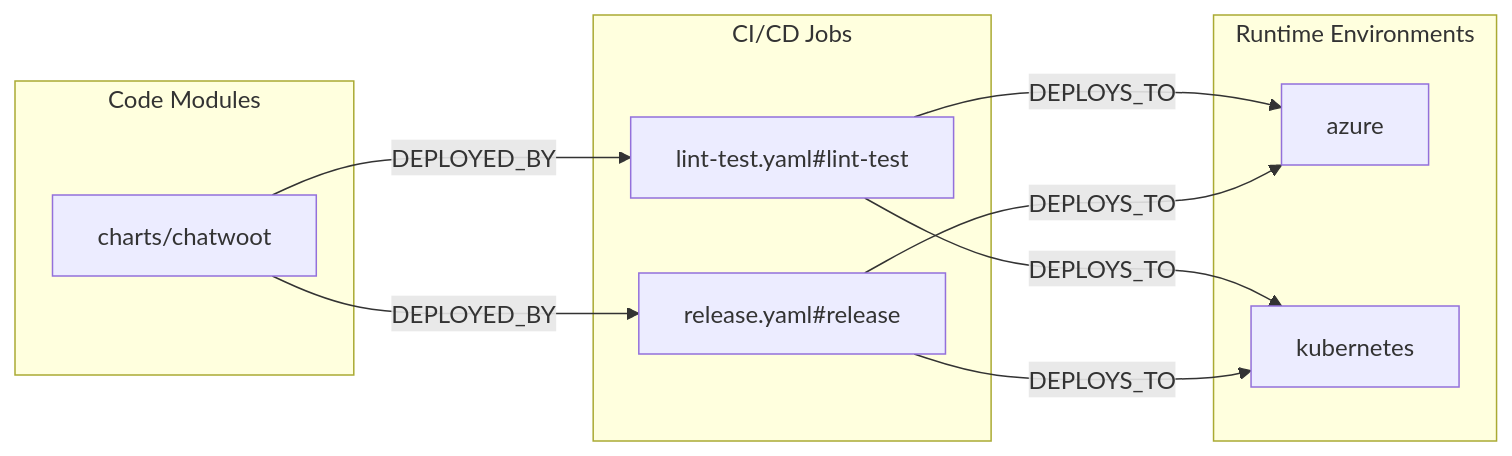
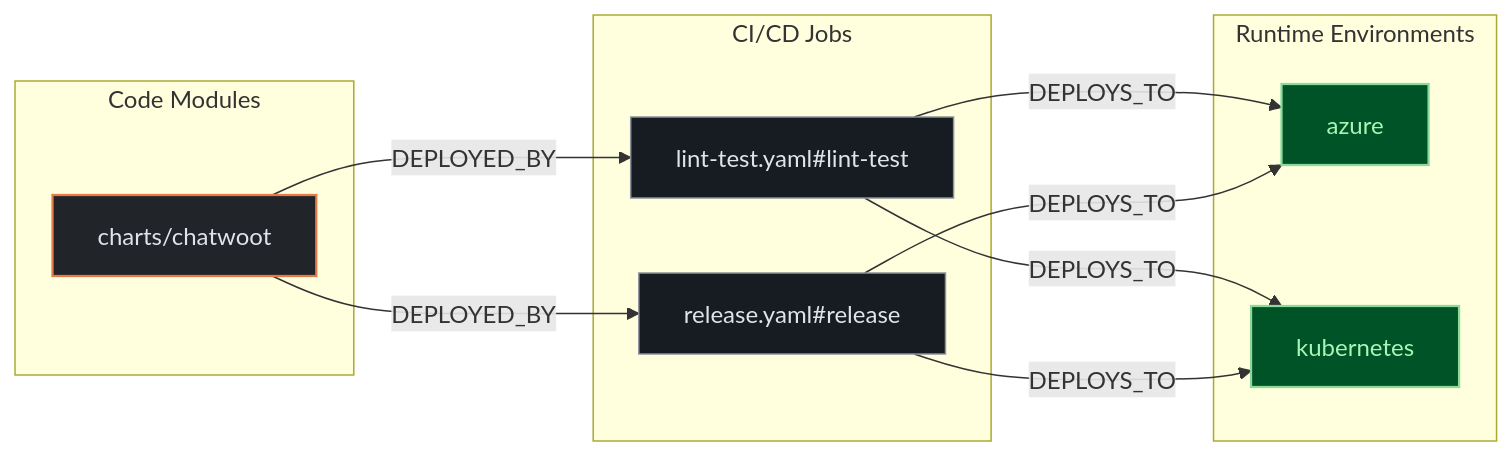
The second of 3 diagrams in exports/latest/reports/chatwoot-charts-report.md (kumarshaz/atruss-code-atlas), drawn with Mermaid before and after one commit. The commit also changed other lines of this file and 331 other files, not shown here.

Commit message:
docs,ui,fix: update SDLC docs, reorder CI/CD DAG first, stylize Mermaid, and fix Arc42 pipeline topology

````diff
--- a/exports/latest/reports/chatwoot-charts-report.md
+++ b/exports/latest/reports/chatwoot-charts-report.md
@@ -99,20 +106,24 @@
 ```mermaid
 flowchart LR
+    classDef atlasCategory fill:#212428,stroke:#E87A48,stroke-width:1.5px,color:#dfe3eb
+    classDef atlasWorkflow fill:#1b2026,stroke:#a3c9ff,stroke-width:1.5px,color:#dfe3eb
+    classDef atlasJob fill:#171c22,stroke:#8d9199,stroke-width:1px,color:#dfe3eb
+    classDef atlasTarget fill:#005227,stroke:#8bd99b,stroke-width:1.5px,color:#a7f6b6
     subgraph code_modules["Code Modules"]
-        mod_charts_chatwoot["charts/chatwoot"]
+        mod_charts_chatwoot["charts/chatwoot"]:::atlasCategory
     end
     subgraph ci_jobs["CI/CD Jobs"]
-        job_lint_test_yaml_lint_test["lint-test.yaml#lint-test"]
-        job_release_yaml_release["release.yaml#release"]
+        job_lint_test_yaml_lint_test["lint-test.yaml#lint-test"]:::atlasJob
+        job_release_yaml_release["release.yaml#release"]:::atlasJob
     end
     subgraph runtime_envs["Runtime Environments"]
-        env_azure["azure"]
-        env_kubernetes["kubernetes"]
+        env_azure["azure"]:::atlasTarget
+        env_kubernetes["kubernetes"]:::atlasTarget
     end
     job_lint_test_yaml_lint_test -->|DEPLOYS_TO| env_azure
     job_lint_test_yaml_lint_test -->|DEPLOYS_TO| env_kubernetes
     job_release_yaml_release -->|DEPLOYS_TO| env_azure
     job_release_yaml_release -->|DEPLOYS_TO| env_kubernetes
     mod_charts_chatwoot -->|DEPLOYED_BY| job_lint_test_yaml_lint_test
     mod_charts_chatwoot -->|DEPLOYED_BY| job_release_yaml_release
 ```
````
